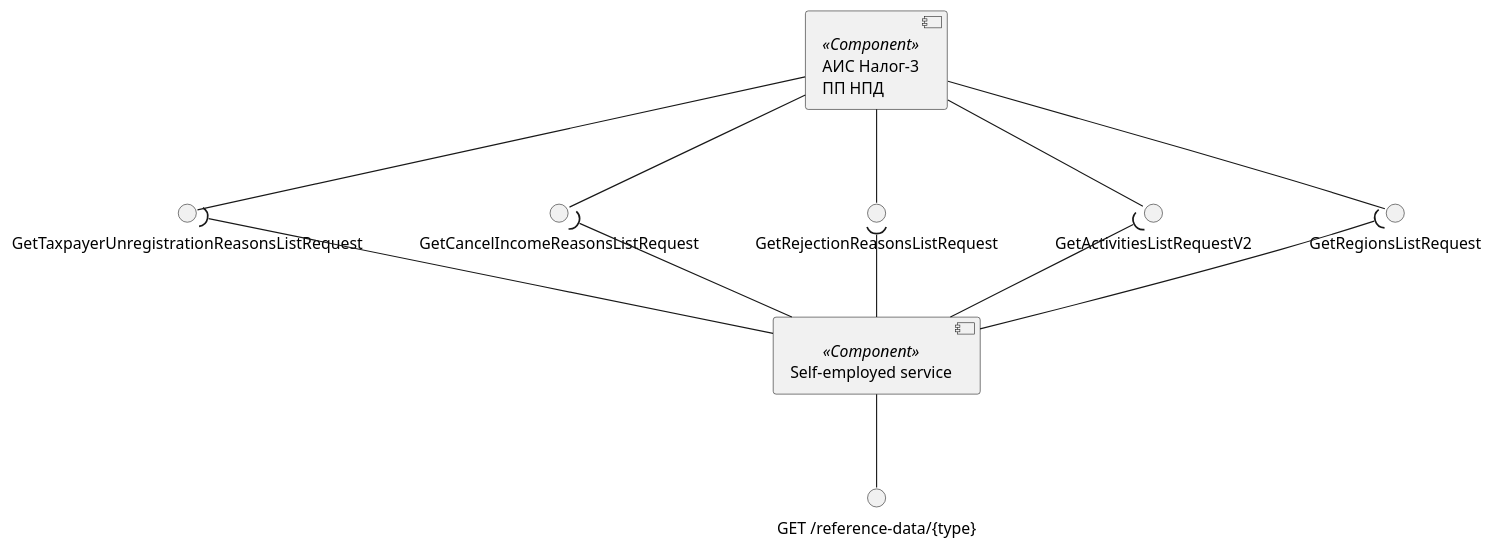
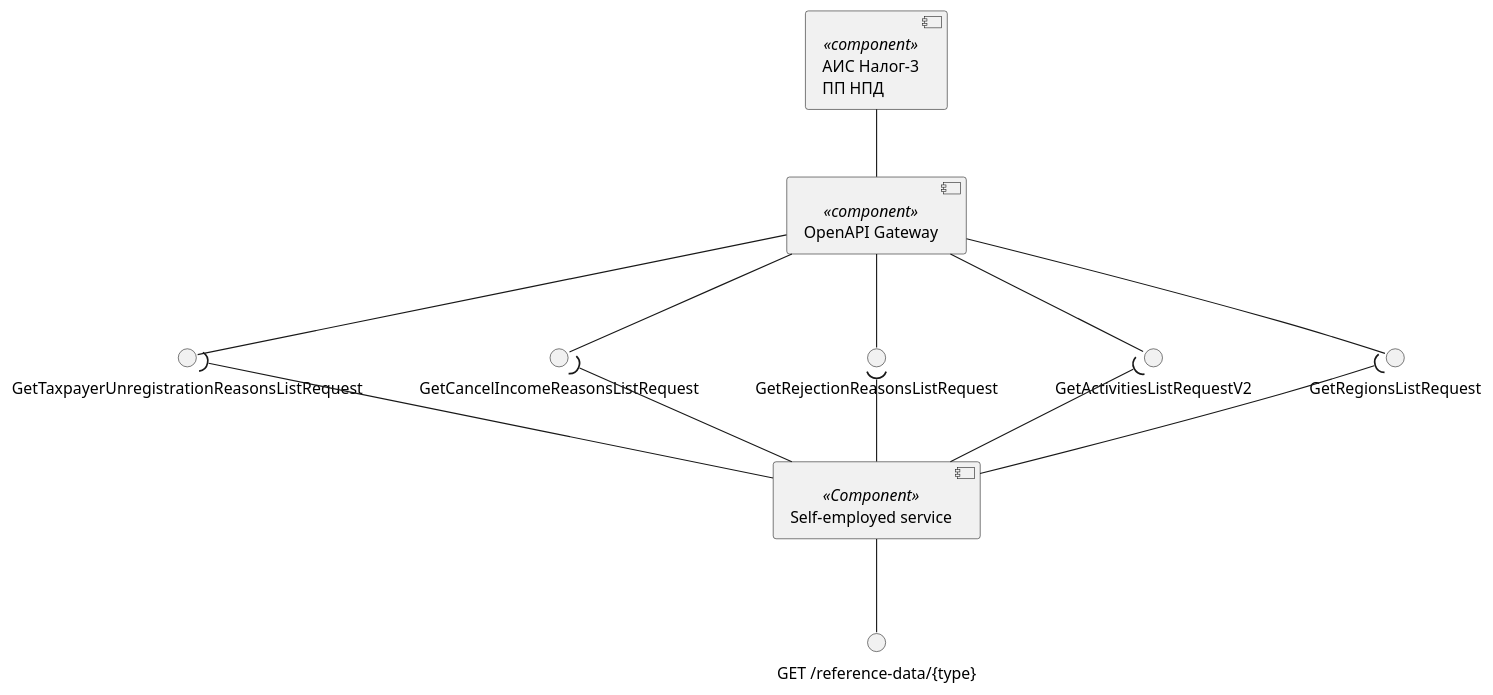
One commit to RaikBitters/ibank-internal-services changed the sixth of 6 diagrams in diagrams/self-employed-service/components.puml. Above: the diagram before and after it, drawn with PlantUML. The commit also changed other lines of this file and 6 other files, not shown here.

Commit message:
Updated self-empl components diagram.

```diff
--- a/diagrams/self-employed-service/components.puml
+++ b/diagrams/self-employed-service/components.puml
@@ -211,28 +221,30 @@
 @startuml reference-data-components
 
-component "АИС Налог-3\nПП НПД" as Tax3 <<Component>>
+component "АИС Налог-3\nПП НПД" as Tax3 <<component>>
+component "OpenAPI Gateway" as OpenAPI <<component>>
 
+Tax3 -- OpenAPI
 interface "GetRegionsListRequest" as GetRegionsList
 interface "GetActivitiesListRequestV2" as GetActivitiesList
 interface "GetRejectionReasonsListRequest" as GetRejectionReasonsList
 interface "GetTaxpayerUnregistrationReasonsListRequest" as GetTaxpayerUnregistrationReasonsList
 interface "GetCancelIncomeReasonsListRequest" as GetCancelIncomeReasonsList
 
-Tax3 --() GetRegionsList
-Tax3 --() GetActivitiesList
-Tax3 --() GetRejectionReasonsList
-Tax3 --() GetCancelIncomeReasonsList
-Tax3 --() GetTaxpayerUnregistrationReasonsList
+OpenAPI --() GetRegionsList
+OpenAPI --() GetActivitiesList
+OpenAPI --() GetRejectionReasonsList
+OpenAPI --() GetCancelIncomeReasonsList
+OpenAPI --() GetTaxpayerUnregistrationReasonsList
 
 component "Self-employed service" as SelfEmplService <<Component>>
 interface "GET /reference-data/{type}" as getDictionary
 
 SelfEmplService --() getDictionary
 
 SelfEmplService -up-( GetRegionsList
 SelfEmplService -up-( GetActivitiesList
 SelfEmplService -up-( GetRejectionReasonsList
 SelfEmplService -up-( GetCancelIncomeReasonsList
 SelfEmplService -up-( GetTaxpayerUnregistrationReasonsList
 
 @enduml
```
